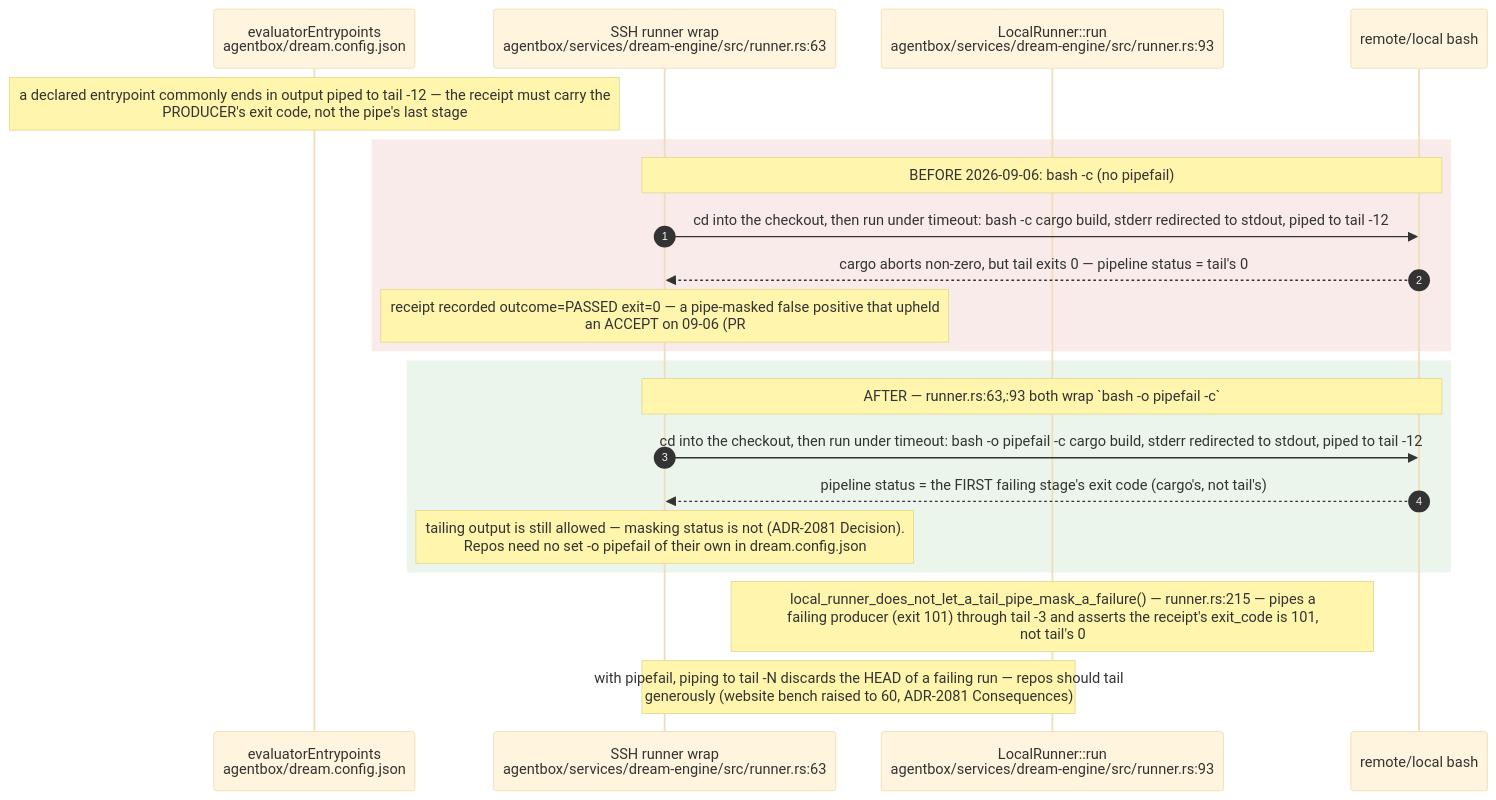
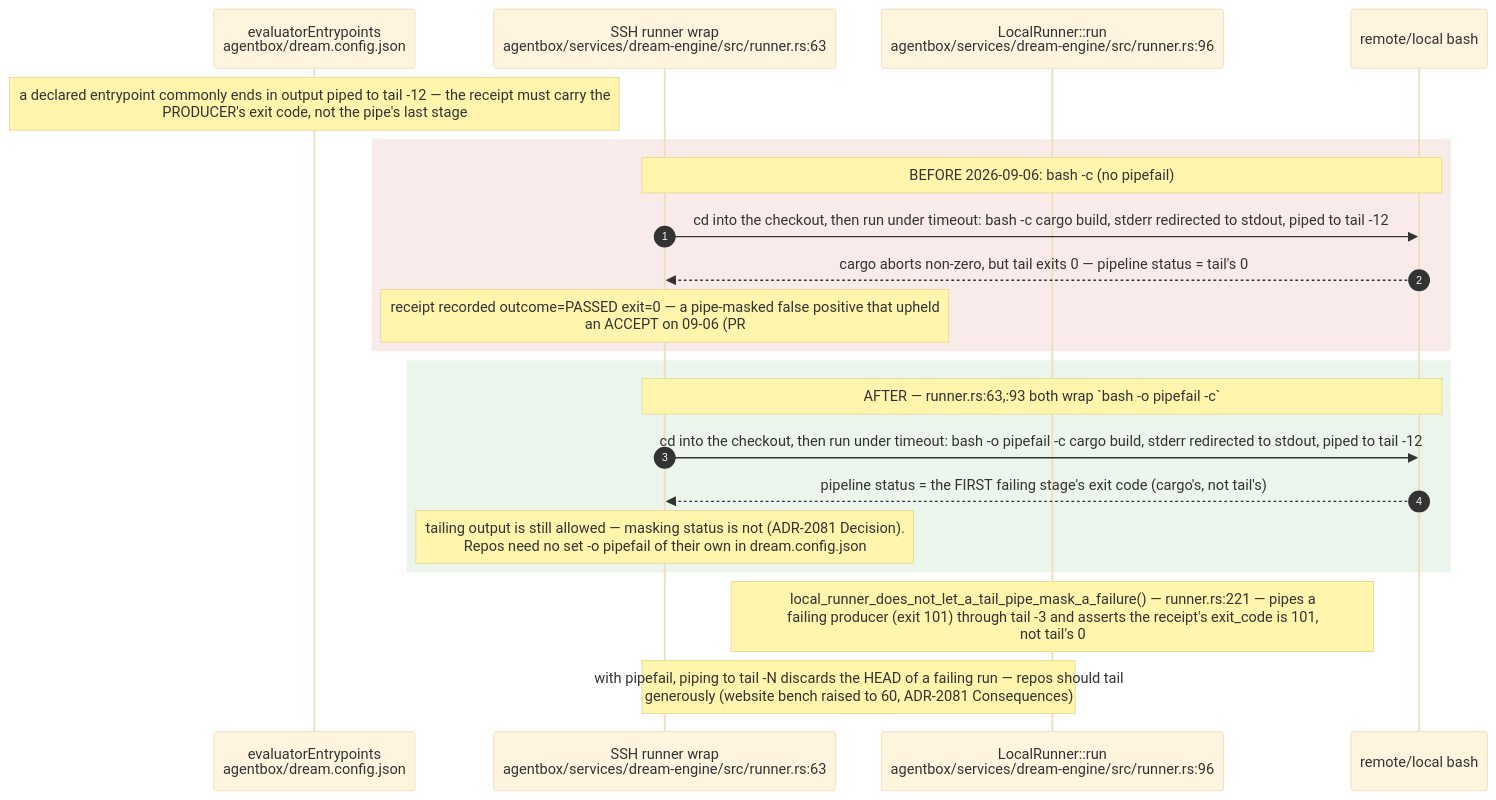
One commit to DreamLab-AI/VisionFlow changed diagram 12 of 20 in docs/diagrams/agentbox/23-dream-engine.md. Above: the diagram before and after it, drawn with Mermaid (base theme). The commit also changed other lines of this file and 111 other files, not shown here.

Commit message:
docs(diagrams): align estate maps with current source

````diff
--- a/docs/diagrams/agentbox/23-dream-engine.md
+++ b/docs/diagrams/agentbox/23-dream-engine.md
@@ -710,24 +710,24 @@
 ```mermaid
 sequenceDiagram
     autonumber
     participant CFG as evaluatorEntrypoints<br/>agentbox/dream.config.json
     participant SSH as SSH runner wrap<br/>agentbox/services/dream-engine/src/runner.rs:63
-    participant LOC as LocalRunner::run<br/>agentbox/services/dream-engine/src/runner.rs:93
+    participant LOC as LocalRunner::run<br/>agentbox/services/dream-engine/src/runner.rs:96
     participant SH as remote/local bash
 
     Note over CFG: a declared entrypoint commonly ends in output piped to tail -12 — the receipt must carry the<br/>PRODUCER's exit code, not the pipe's last stage
     rect rgb(250,235,235)
         Note over SSH,SH: BEFORE 2026-09-06: bash -c (no pipefail)
         SSH->>SH: cd into the checkout, then run under timeout: bash -c cargo build, stderr redirected to stdout, piped to tail -12
         SH-->>SSH: cargo aborts non-zero, but tail exits 0 — pipeline status = tail's 0
         Note over SSH: receipt recorded outcome=PASSED exit=0 — a pipe-masked false positive that upheld<br/>an ACCEPT on 09-06 (PR #4)
     end
     rect rgb(235,245,235)
         Note over SSH,SH: AFTER — runner.rs:63,:93 both wrap `bash -o pipefail -c`
         SSH->>SH: cd into the checkout, then run under timeout: bash -o pipefail -c cargo build, stderr redirected to stdout, piped to tail -12
         SH-->>SSH: pipeline status = the FIRST failing stage's exit code (cargo's, not tail's)
         Note over SSH: tailing output is still allowed — masking status is not (ADR-2081 Decision).<br/>Repos need no set -o pipefail of their own in dream.config.json
     end
-    Note over LOC: local_runner_does_not_let_a_tail_pipe_mask_a_failure#40;#41; — runner.rs:215 — pipes a<br/>failing producer #40;exit 101#41; through tail -3 and asserts the receipt's exit_code is 101,<br/>not tail's 0
+    Note over LOC: local_runner_does_not_let_a_tail_pipe_mask_a_failure#40;#41; — runner.rs:221 — pipes a<br/>failing producer #40;exit 101#41; through tail -3 and asserts the receipt's exit_code is 101,<br/>not tail's 0
     Note over SSH,LOC: with pipefail, piping to tail -N discards the HEAD of a failing run — repos should tail<br/>generously #40;website bench raised to 60, ADR-2081 Consequences#41;
 ```
````
